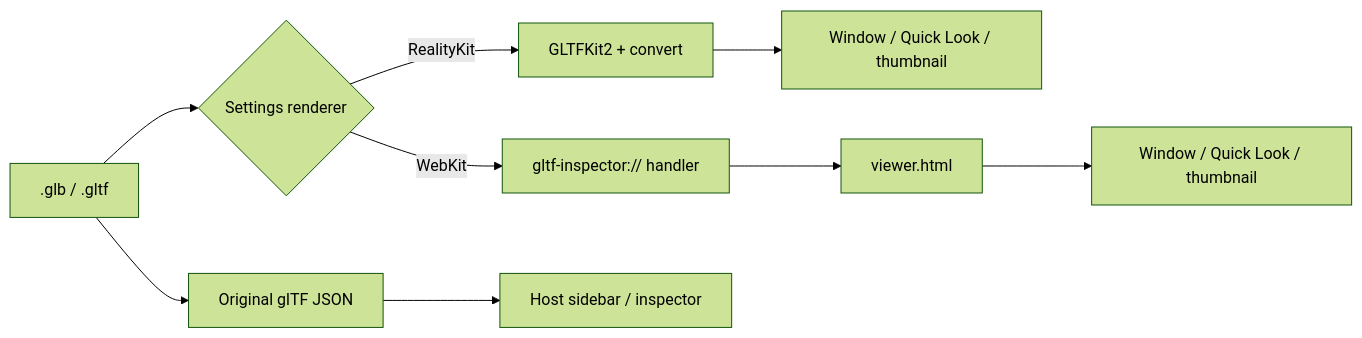
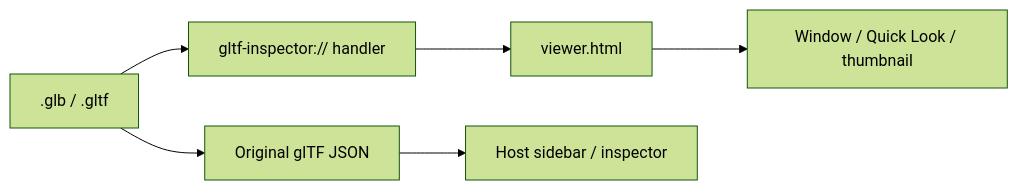
Before and after one commit to Hemmingsson/macos-gltf-inspector: the diagram in README.md, drawn with Mermaid (forest theme). The commit also changed other lines of this file and 366 other files, not shown here.

First line of the commit message:
Make WebKit the only renderer and remove RealityKit.

````diff
--- a/README.md
+++ b/README.md
@@ -81,11 +70,8 @@
 ```mermaid
 flowchart LR
-  file[".glb / .gltf"] --> switch{"Settings renderer"}
-  switch -->|RealityKit| convert["GLTFKit2 + convert"]
-  convert --> rkSurf["Window / Quick Look / thumbnail"]
-  switch -->|WebKit| scheme["gltf-inspector:// handler"]
+  file[".glb / .gltf"] --> scheme["gltf-inspector:// handler"]
   scheme --> page["viewer.html"]
-  page --> wkSurf["Window / Quick Look / thumbnail"]
+  page --> surf["Window / Quick Look / thumbnail"]
   file --> json["Original glTF JSON"]
   json --> sidebar["Host sidebar / inspector"]
 ```
````
